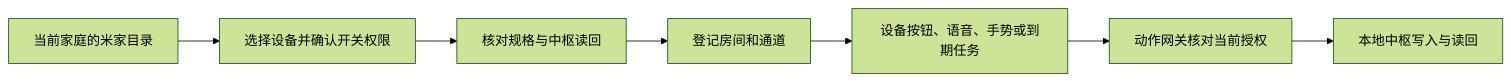
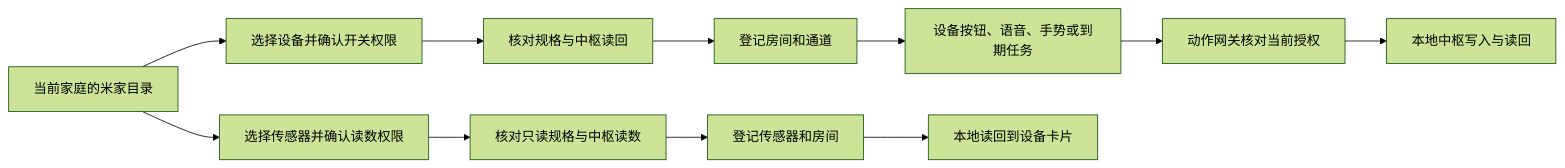
One commit to Geeprox/Friday changed the third of 45 diagrams in docs/architecture.md. Above: the diagram before and after it, drawn with Mermaid (forest theme). The commit also changed other lines of this file and 12 other files, not shown here.

```diff
--- a/docs/architecture.md
+++ b/docs/architecture.md
@@ -86,9 +88,13 @@
 ~~~mermaid
 flowchart LR
   A[当前家庭的米家目录] --> B[选择设备并确认开关权限]
   B --> C[核对规格与中枢读回]
   C --> D[登记房间和通道]
   D --> E[设备按钮、语音、手势或到期任务]
   E --> F[动作网关核对当前授权]
   F --> G[本地中枢写入与读回]
+  A --> R[选择传感器并确认读数权限]
+  R --> Q[核对只读规格与中枢读数]
+  Q --> S[登记传感器和房间]
+  S --> T[本地读回到设备卡片]
 ~~~
```
